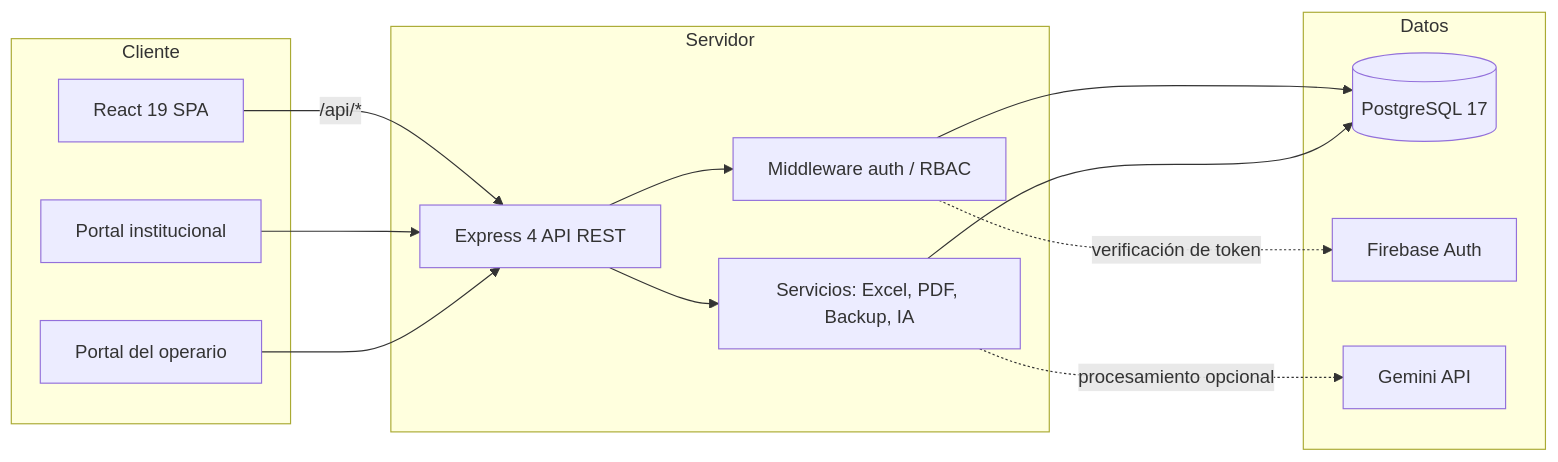
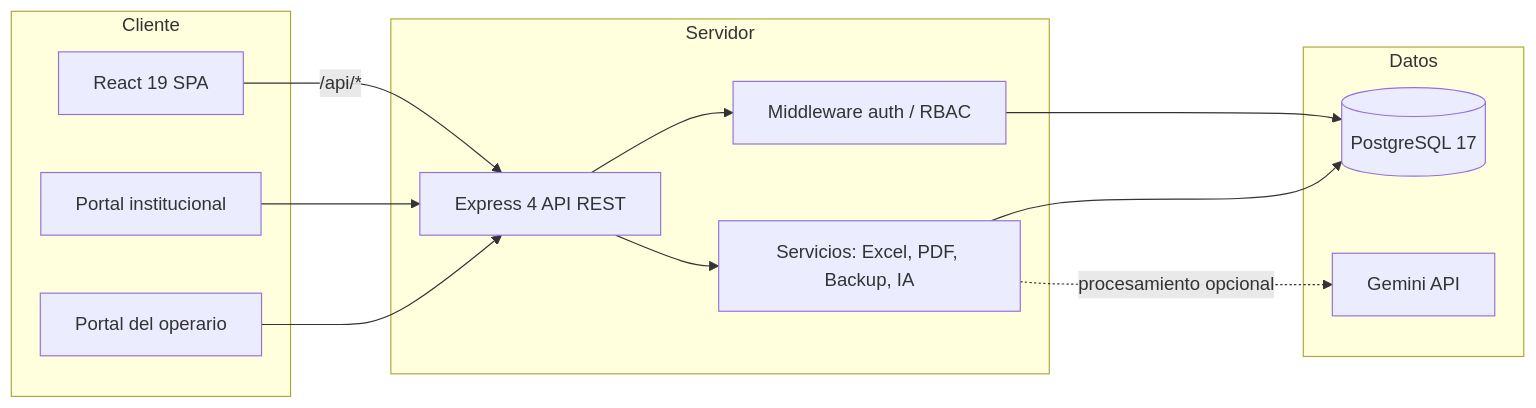
Before and after one commit to wanglingtech/PV_Padron_Vehicular: the first of 2 diagrams in README.md, drawn with Mermaid. The commit also changed other lines of this file and 12 other files, not shown here.

````diff
--- a/README.md
+++ b/README.md
@@ -159,30 +158,28 @@
 ```mermaid
 flowchart LR
     subgraph Cliente
         A[React 19 SPA]
         B[Portal institucional]
         C[Portal del operario]
     end
 
     subgraph Servidor
         D[Express 4 API REST]
         E[Middleware auth / RBAC]
         F[Servicios: Excel, PDF, Backup, IA]
     end
 
     subgraph Datos
         G[(PostgreSQL 17)]
-        H[Firebase Auth]
         I[Gemini API]
     end
 
     A -->|/api/*| D
     B --> D
     C --> D
     D --> E
     E --> G
     D --> F
     F --> G
-    E -.->|verificación de token| H
     F -.->|procesamiento opcional| I
 ```
````
